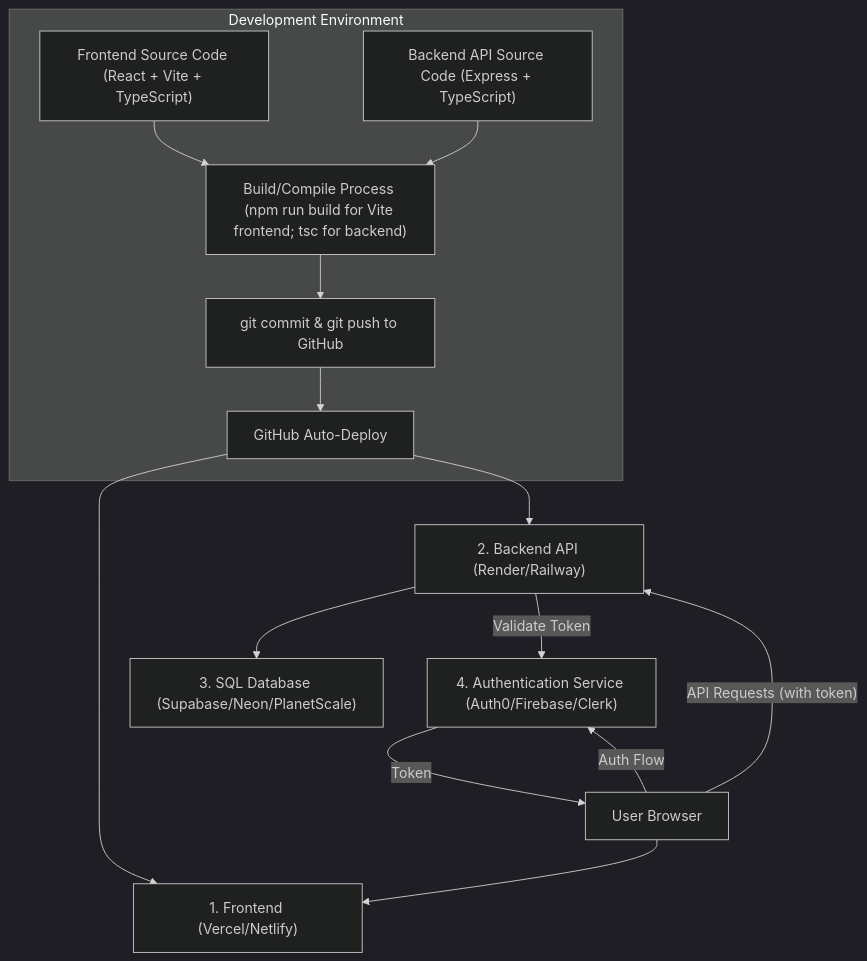
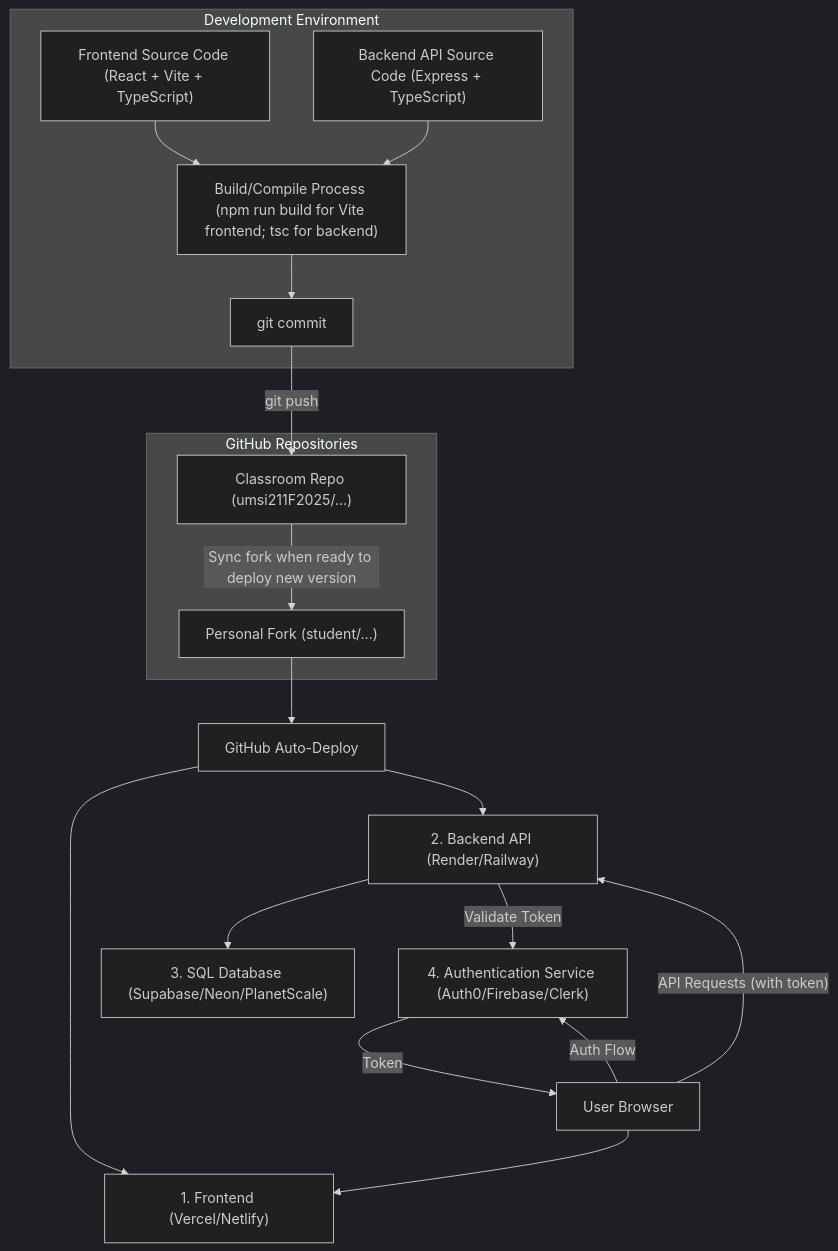
The diagram in weeks10-14/architecture-diagram.md (umsi211F2025/umsi211-f25-course-resources), drawn with Mermaid (dark theme) before and after one commit.

Commit message:
updated architecture diagram to reflect the personal fork.

````diff
--- a/weeks10-14/architecture-diagram.md
+++ b/weeks10-14/architecture-diagram.md
@@ -5,22 +5,30 @@
 ```mermaid
 flowchart TD
     subgraph F["Development Environment"]
         F1["Frontend Source Code (React + Vite + TypeScript)"]
         F2["Backend API Source Code (Express + TypeScript)"]
         F3["Build/Compile Process (npm run build for Vite frontend; tsc for backend)"]
         F1 --> F3
         F2 --> F3
-        F4["git commit & git push to GitHub"]
+        F4["git commit"]
         F3 --> F4
-        F4 --> AD["GitHub Auto-Deploy"]
     end
+
+    subgraph GH["GitHub Repositories"]
+        GH1["Classroom Repo (umsi211F2025/...)"]
+        GH2["Personal Fork (student/...)"]
+        GH1 --> |"Sync fork when ready to deploy new version"| GH2
+    end
+
+    F4 --> |"git push"| GH1
+    GH2 --> AD["GitHub Auto-Deploy"]
 
     AD --> B["1. Frontend (Vercel/Netlify)"]
     AD --> C["2. Backend API (Render/Railway)"]
     A["User Browser"] --> B
     A -- "API Requests (with token)" --> C
     C --> D["3. SQL Database (Supabase/Neon/PlanetScale)"]
     C -- "Validate Token" --> E["4. Authentication Service (Auth0/Firebase/Clerk)"]
     A -- "Auth Flow" --> E
     E -- "Token" --> A
 ```
````
